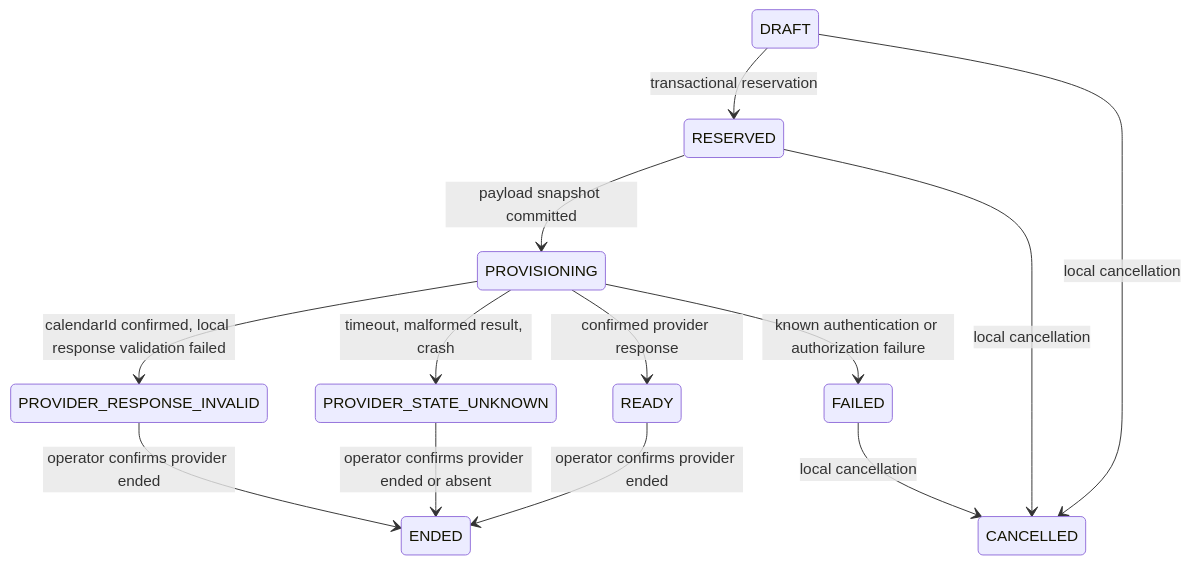
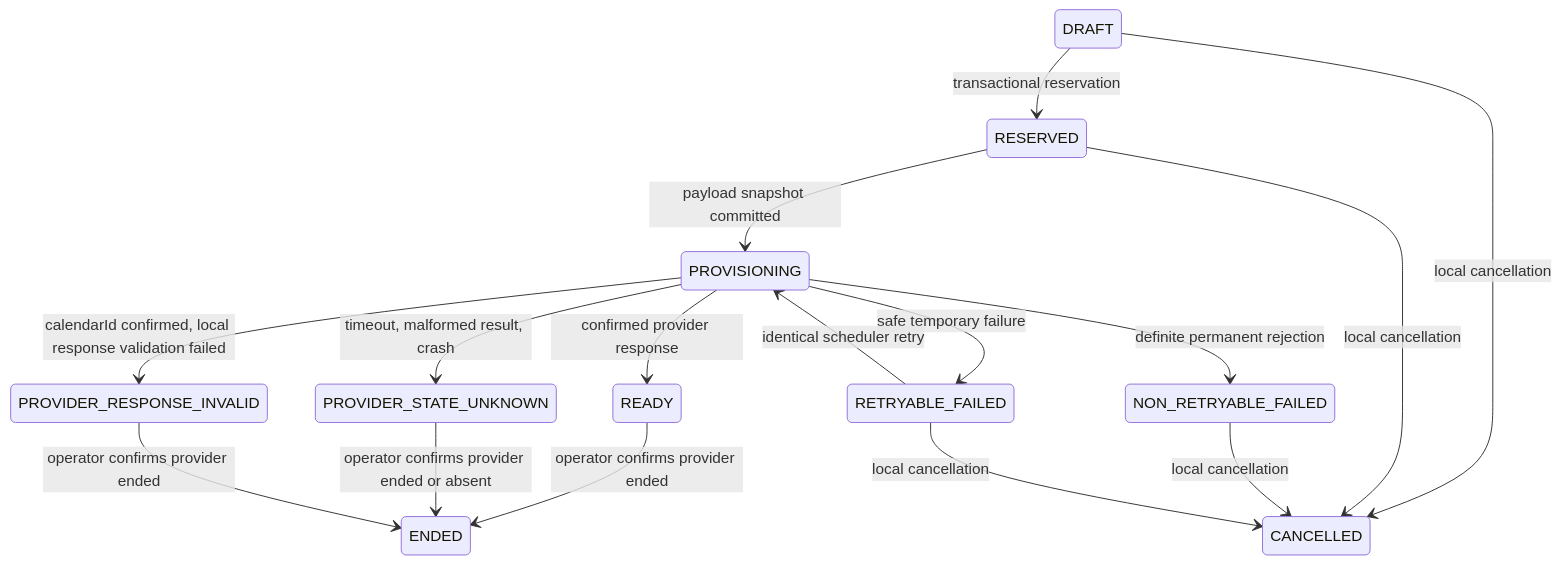
Before and after one commit to naymenor/meeting_gateway: the second of 2 diagrams in docs/architecture.md, drawn with Mermaid. The commit also changed other lines of this file and 20 other files, not shown here.

````diff
--- a/docs/architecture.md
+++ b/docs/architecture.md
@@ -26,15 +26,18 @@
 ```mermaid
 stateDiagram-v2
     DRAFT --> RESERVED: transactional reservation
     RESERVED --> PROVISIONING: payload snapshot committed
     PROVISIONING --> READY: confirmed provider response
     PROVISIONING --> PROVIDER_RESPONSE_INVALID: calendarId confirmed, local response validation failed
-    PROVISIONING --> FAILED: known authentication or authorization failure
+    PROVISIONING --> NON_RETRYABLE_FAILED: definite permanent rejection
+    PROVISIONING --> RETRYABLE_FAILED: safe temporary failure
+    RETRYABLE_FAILED --> PROVISIONING: identical scheduler retry
     PROVISIONING --> PROVIDER_STATE_UNKNOWN: timeout, malformed result, crash
     DRAFT --> CANCELLED: local cancellation
     RESERVED --> CANCELLED: local cancellation
-    FAILED --> CANCELLED: local cancellation
+    NON_RETRYABLE_FAILED --> CANCELLED: local cancellation
+    RETRYABLE_FAILED --> CANCELLED: local cancellation
     READY --> ENDED: operator confirms provider ended
     PROVIDER_STATE_UNKNOWN --> ENDED: operator confirms provider ended or absent
     PROVIDER_RESPONSE_INVALID --> ENDED: operator confirms provider ended
 ```
````
